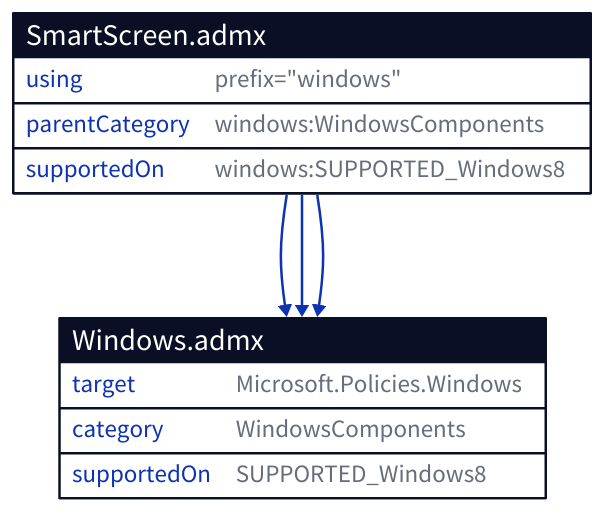
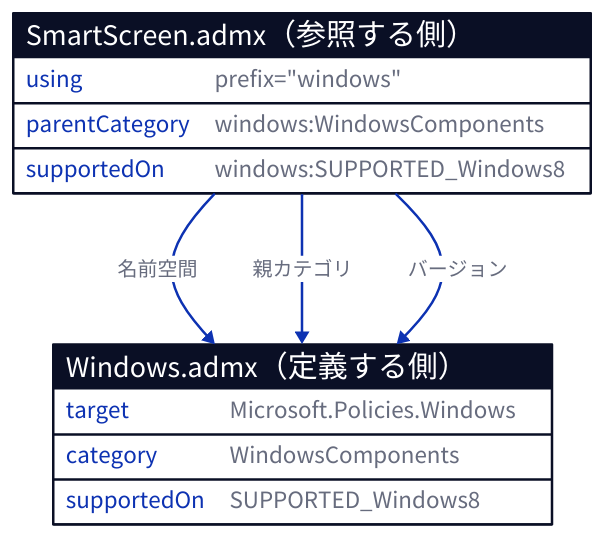
Before and after one commit to kenchan0130/kenchan0130.github.io: the fifth of 8 diagrams in src/content/posts/2026-10-05-1.mdx, drawn with D2. The commit also changed other lines of this file, not shown here.

First line of the commit message:
Explain why ADMX files reference Windows.admx before the namespace mechanics

````diff
--- a/src/content/posts/2026-10-05-1.mdx
+++ b/src/content/posts/2026-10-05-1.mdx
@@ -234,17 +239,17 @@
-```d2 title="SmartScreen.admxがWindows.admxの名前空間、カテゴリ、対応バージョンの定義を参照する関係"
-windows: Windows.admx {
+```d2 title="SmartScreen.admxが、usingで付けた接頭辞を使って、Windows.admxで定義されたカテゴリと対応バージョンを参照する関係" pad="0"
+smartscreen: 'SmartScreen.admx（参照する側）' {
+  shape: sql_table
+  using: 'prefix="windows"'
+  parentCategory: 'windows:WindowsComponents'
+  supportedOn: 'windows:SUPPORTED_Windows8'
+}
+windows: 'Windows.admx（定義する側）' {
   shape: sql_table
   target: 'Microsoft.Policies.Windows'
   category: 'WindowsComponents'
   supportedOn: 'SUPPORTED_Windows8'
 }
-smartscreen: SmartScreen.admx {
-  shape: sql_table
-  using: 'prefix="windows"'
-  parentCategory: 'windows:WindowsComponents'
-  supportedOn: 'windows:SUPPORTED_Windows8'
-}
-smartscreen.using -> windows.target
-smartscreen.parentCategory -> windows.category
-smartscreen.supportedOn -> windows.supportedOn
+smartscreen.using -> windows.target: 名前空間
+smartscreen.parentCategory -> windows.category: 親カテゴリ
+smartscreen.supportedOn -> windows.supportedOn: バージョン
 ```
````
